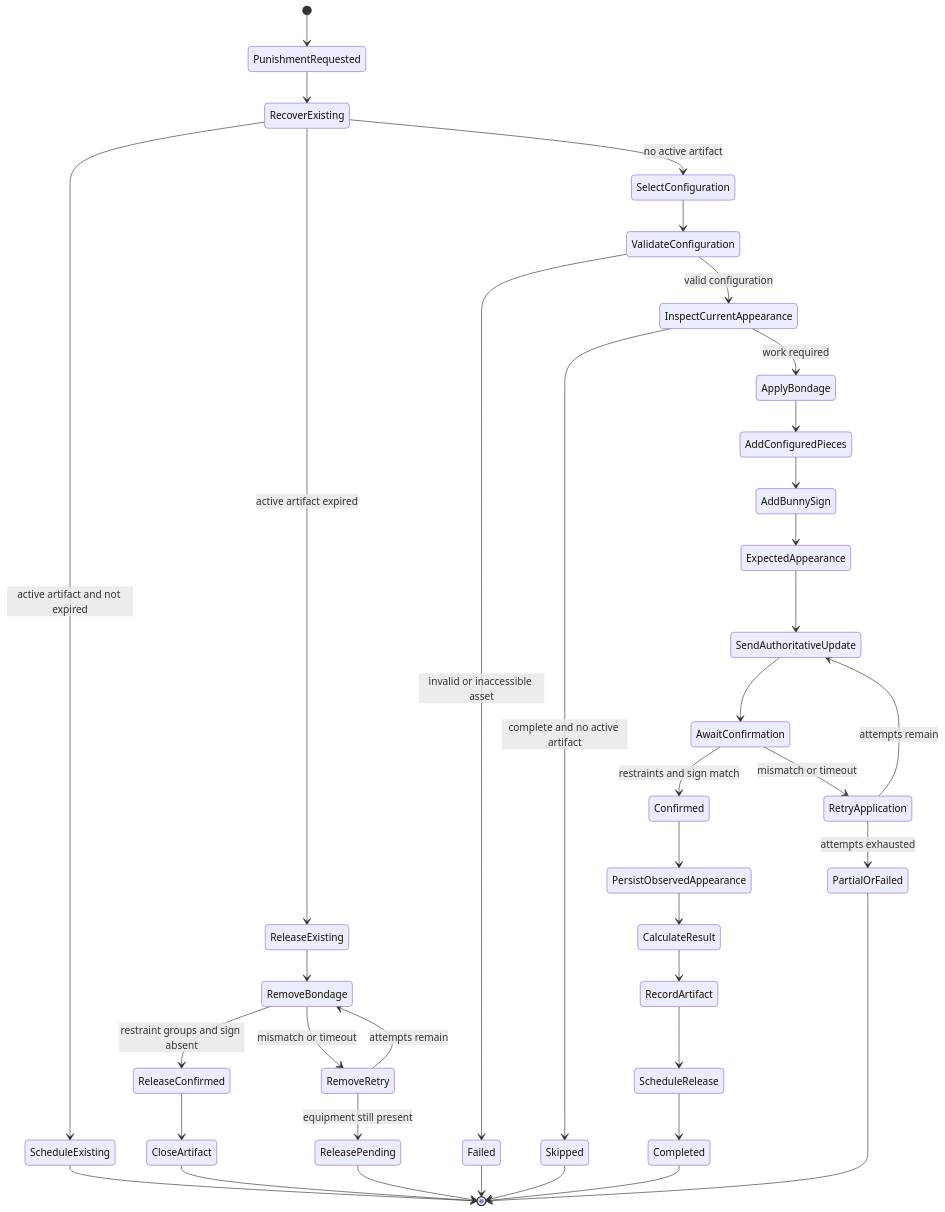
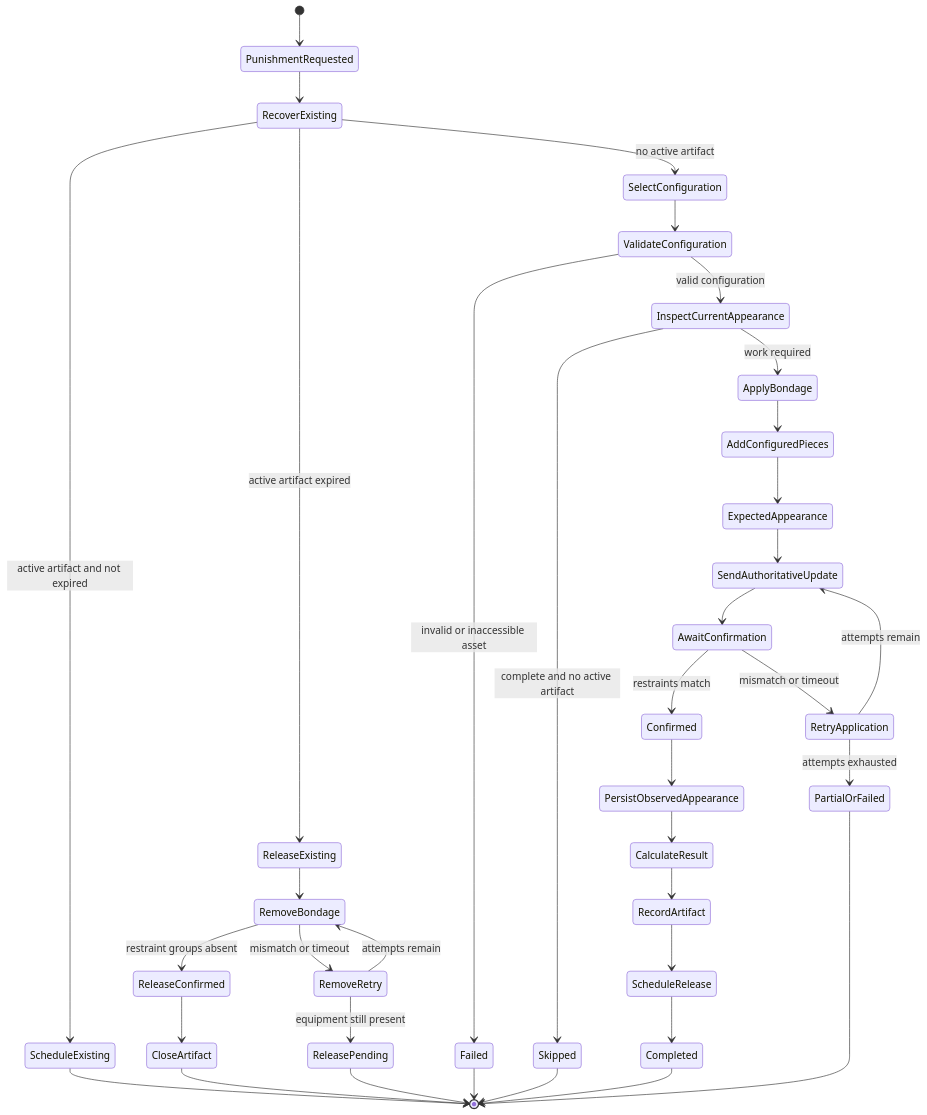
The second of 2 diagrams in bin/games/veratown/APPEARANCE_MUTATION_FLOW.md (Rarsus/veratown), drawn with Mermaid before and after one commit. The commit also changed other lines of this file and 12 other files, not shown here.

Commit message:
Remove Bunny sign behavior

````diff
--- a/bin/games/veratown/APPEARANCE_MUTATION_FLOW.md
+++ b/bin/games/veratown/APPEARANCE_MUTATION_FLOW.md
@@ -190,47 +189,46 @@
 ```mermaid
 stateDiagram-v2
     [*] --> PunishmentRequested
 
     PunishmentRequested --> RecoverExisting
     RecoverExisting --> ScheduleExisting: active artifact and not expired
     RecoverExisting --> ReleaseExisting: active artifact expired
     RecoverExisting --> SelectConfiguration: no active artifact
     ScheduleExisting --> [*]
 
     ReleaseExisting --> RemoveBondage
-    RemoveBondage --> ReleaseConfirmed: restraint groups and sign absent
+    RemoveBondage --> ReleaseConfirmed: restraint groups absent
     RemoveBondage --> RemoveRetry: mismatch or timeout
     RemoveRetry --> RemoveBondage: attempts remain
     RemoveRetry --> ReleasePending: equipment still present
     ReleasePending --> [*]
 
     SelectConfiguration --> ValidateConfiguration
     ValidateConfiguration --> Failed: invalid or inaccessible asset
     ValidateConfiguration --> InspectCurrentAppearance: valid configuration
     InspectCurrentAppearance --> Skipped: complete and no active artifact
     InspectCurrentAppearance --> ApplyBondage: work required
 
     ApplyBondage --> AddConfiguredPieces
-    AddConfiguredPieces --> AddBunnySign
-    AddBunnySign --> ExpectedAppearance
+    AddConfiguredPieces --> ExpectedAppearance
     ExpectedAppearance --> SendAuthoritativeUpdate
     SendAuthoritativeUpdate --> AwaitConfirmation
 
-    AwaitConfirmation --> Confirmed: restraints and sign match
+    AwaitConfirmation --> Confirmed: restraints match
     AwaitConfirmation --> RetryApplication: mismatch or timeout
     RetryApplication --> SendAuthoritativeUpdate: attempts remain
     RetryApplication --> PartialOrFailed: attempts exhausted
 
     Confirmed --> PersistObservedAppearance
     PersistObservedAppearance --> CalculateResult
     CalculateResult --> RecordArtifact
     RecordArtifact --> ScheduleRelease
     ScheduleRelease --> Completed
 
     Failed --> [*]
     PartialOrFailed --> [*]
     Skipped --> [*]
     Completed --> [*]
     ReleaseConfirmed --> CloseArtifact
     CloseArtifact --> [*]
 ```
````
